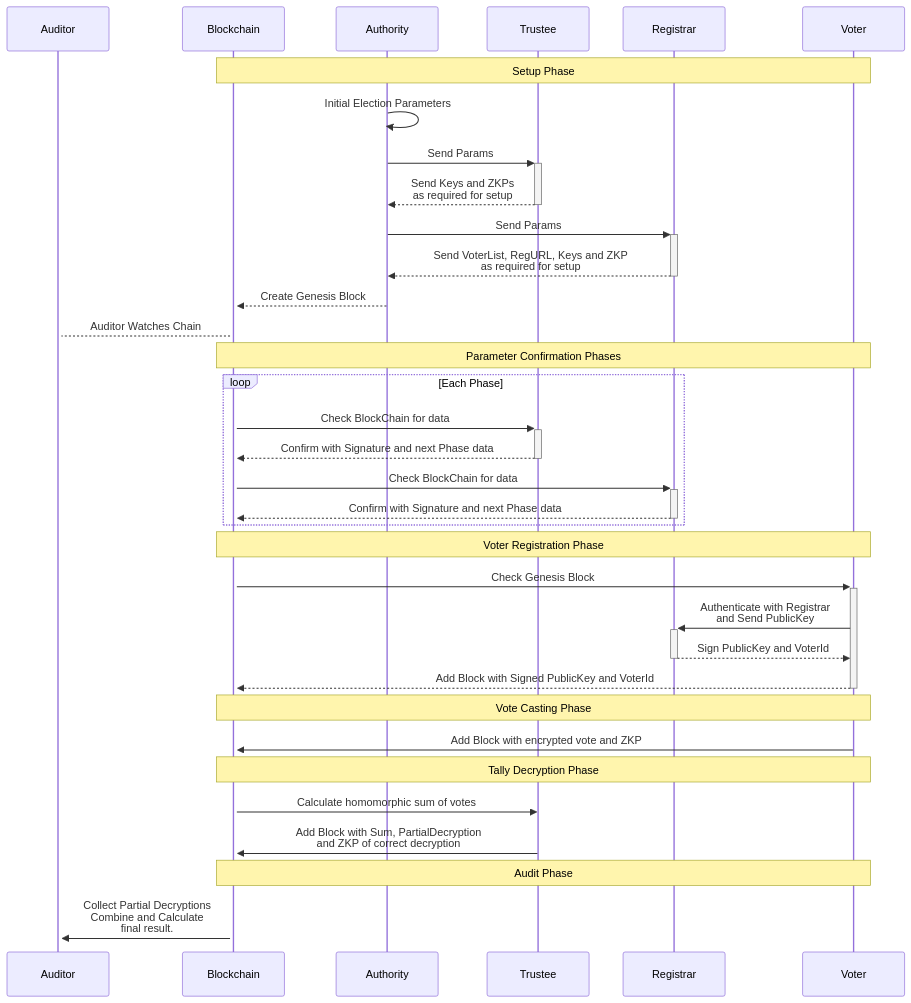
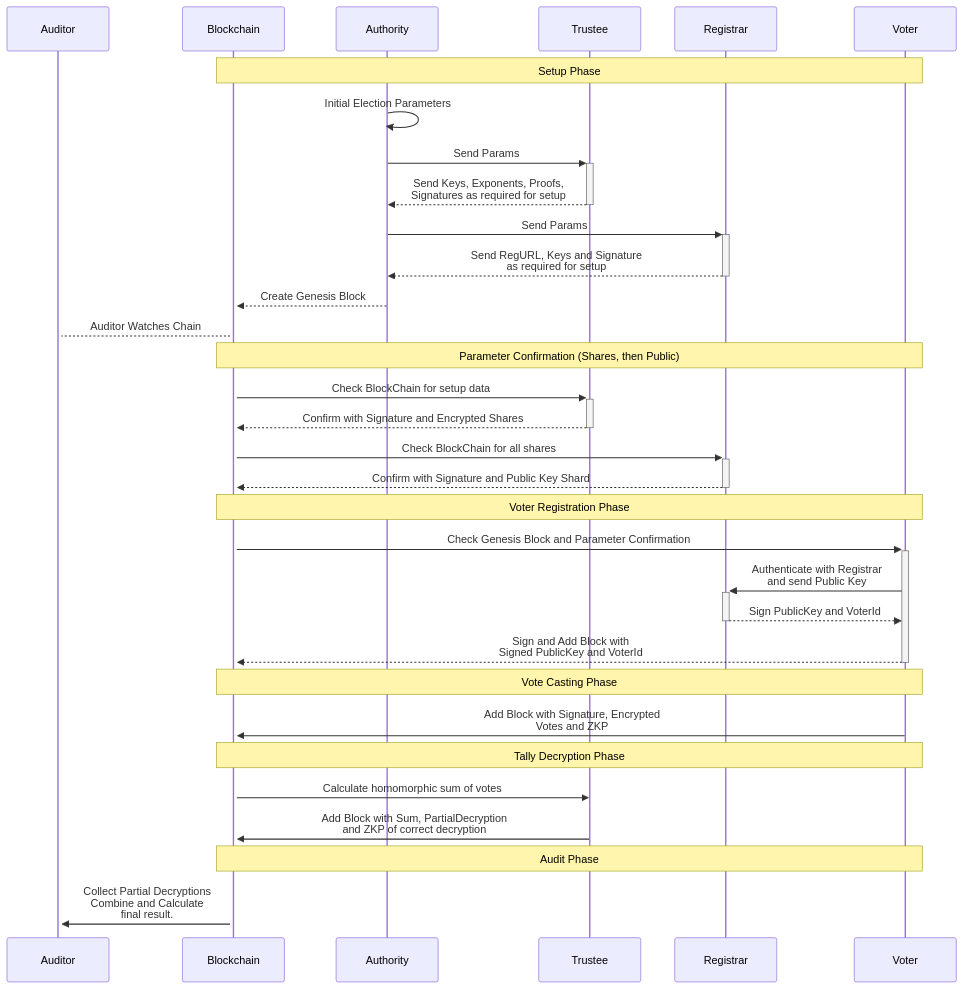
The diagram in figures/astris-protocol.mmd (thechriswalker/astris-report), drawn with Mermaid before and after one commit. The commit also changed 11 other files, not shown here.

```diff
--- a/figures/astris-protocol.mmd
+++ b/figures/astris-protocol.mmd
@@ -1,52 +1,48 @@
 sequenceDiagram
 
  %% convert to png at: https://mermaid-js.github.io/mermaid-live-editor/
 
     participant AD as Auditor
     participant BC as Blockchain
     participant A as Authority
     participant T as Trustee
     participant R as Registrar
     participant V as Voter
 
     Note over BC,V: Setup Phase
 
     A->>A: Initial Election Parameters
     A->>+T: Send Params
-    T-->>-A: Send Keys and ZKPs<br/>as required for setup
+    T-->>-A: Send Keys, Exponents, Proofs,<br/>Signatures as required for setup
     A->>+R: Send Params
-    R-->>-A: Send VoterList, RegURL, Keys and ZKP<br />as required for setup
+    R-->>-A: Send RegURL, Keys and Signature<br />as required for setup
 
     A-->>+BC: Create Genesis Block
     BC-->+AD: Auditor Watches Chain
 
-    Note over BC, V: Parameter Confirmation Phases
+    Note over BC, V: Parameter Confirmation (Shares, then Public)
 
-    loop Each Phase
-
-    BC->>+T: Check BlockChain for data
-    T-->>-BC: Confirm with Signature and next Phase data
-    BC->>+R: Check BlockChain for data
-    R-->>-BC: Confirm with Signature and next Phase data
-
-    end
+    BC->>+T: Check BlockChain for setup data
+    T-->>-BC: Confirm with Signature and Encrypted Shares
+    BC->>+R: Check BlockChain for all shares
+    R-->>-BC: Confirm with Signature and Public Key Shard
 
     Note over BC,V: Voter Registration Phase
 
-    BC->>+V: Check Genesis Block
-    V->>+R: Authenticate with Registrar<br />and Send PublicKey
+    BC->>+V: Check Genesis Block and Parameter Confirmation
+    V->>+R: Authenticate with Registrar<br />and send Public Key
     R-->>-V: Sign PublicKey and VoterId
-    V-->>-BC: Add Block with Signed PublicKey and VoterId
+    V-->>-BC: Sign and Add Block with <br />Signed PublicKey and VoterId
 
     Note over BC,V: Vote Casting Phase
 
-    V->>BC: Add Block with encrypted vote and ZKP
+    V->>BC: Add Block with Signature, Encrypted <br />Votes and ZKP
 
     Note over BC,V: Tally Decryption Phase
 
     BC->>T: Calculate homomorphic sum of votes
     T->>BC: Add Block with Sum, PartialDecryption<br />and ZKP of correct decryption
 
     Note over BC,V: Audit Phase
 
     BC->>AD: Collect Partial Decryptions<br />Combine and Calculate<br />final result.
```
